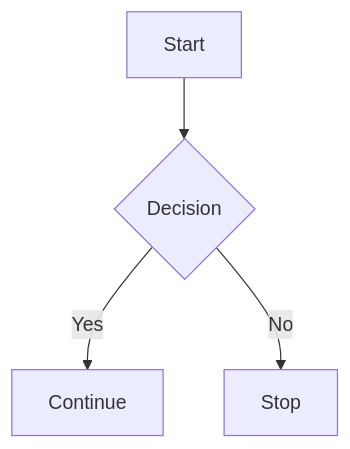
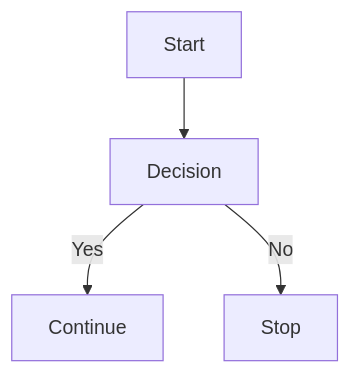
Before and after one commit to ryanbullock02/NikeStore_ERD.md: the diagram in README.md, drawn with Mermaid.

````diff
--- a/README.md
+++ b/README.md
@@ -4,6 +4,6 @@
 ```mermaid
 flowchart TB
-  A[Start] --> B{Decision}
+  A[Start] --> B[Decision]
   B -->|Yes| C[Continue]
   B -->|No| D[Stop]
   ```
````
